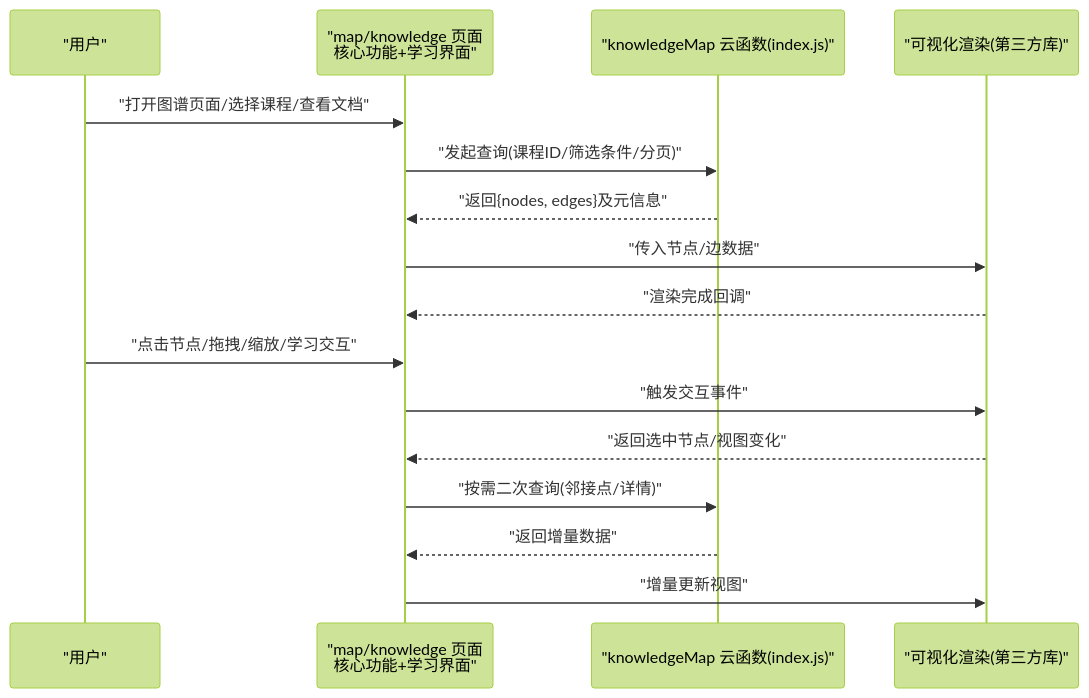
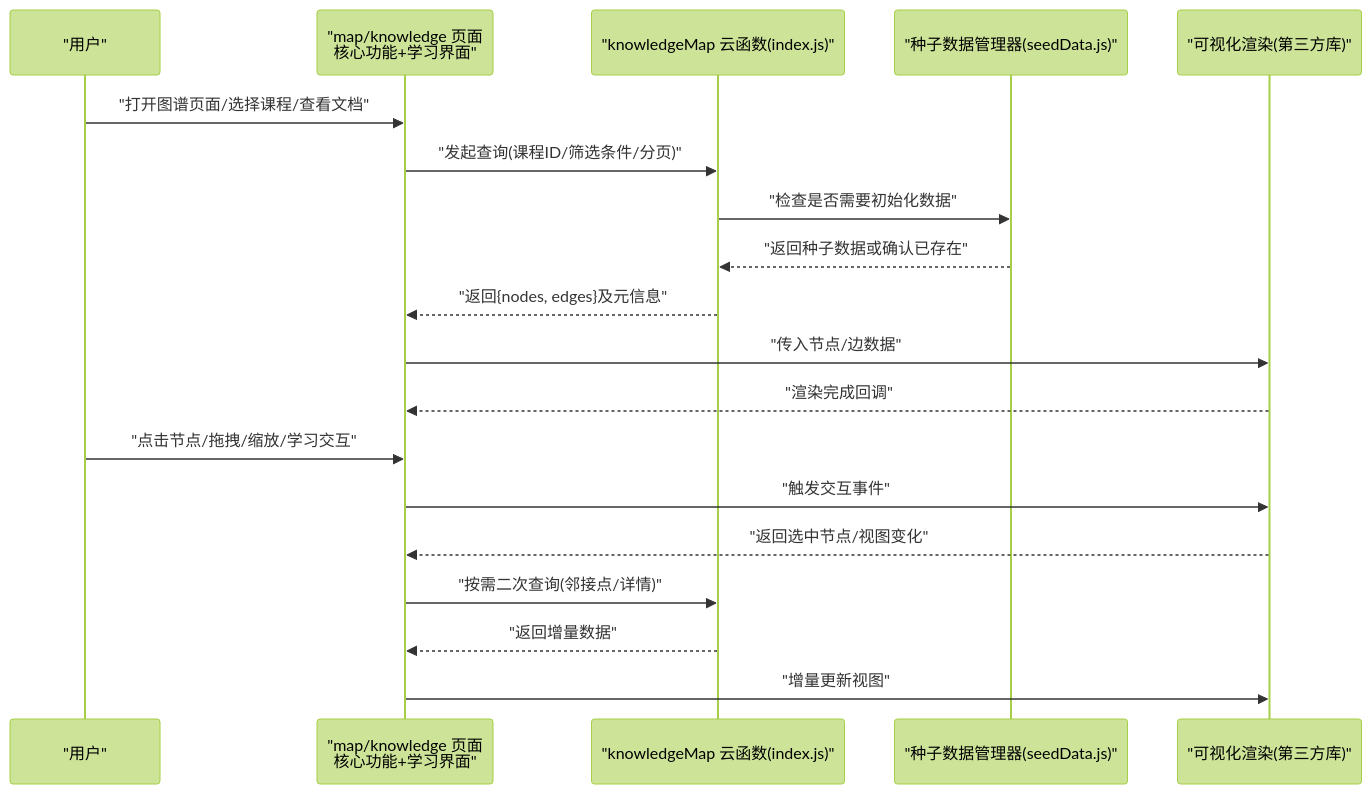
Before and after one commit to cwb7756/bio: the second of 4 diagrams in .qoder/repowiki/zh/content/核心功能模块/知识图谱系统/知识图谱系统.md, drawn with Mermaid (forest theme). The commit also changed other lines of this file and 35 other files, not shown here.

````diff
--- a/.qoder/repowiki/zh/content/核心功能模块/知识图谱系统/知识图谱系统.md
+++ b/.qoder/repowiki/zh/content/核心功能模块/知识图谱系统/知识图谱系统.md
@@ -112,18 +119,21 @@
 ```mermaid
 sequenceDiagram
 participant U as "用户"
 participant P as "map/knowledge 页面<br/>核心功能+学习界面"
 participant CF as "knowledgeMap 云函数(index.js)"
+participant SD as "种子数据管理器(seedData.js)"
 participant V as "可视化渲染(第三方库)"
 U->>P : "打开图谱页面/选择课程/查看文档"
 P->>CF : "发起查询(课程ID/筛选条件/分页)"
+CF->>SD : "检查是否需要初始化数据"
+SD-->>CF : "返回种子数据或确认已存在"
 CF-->>P : "返回{nodes, edges}及元信息"
 P->>V : "传入节点/边数据"
 V-->>P : "渲染完成回调"
 U->>P : "点击节点/拖拽/缩放/学习交互"
 P->>V : "触发交互事件"
 V-->>P : "返回选中节点/视图变化"
 P->>CF : "按需二次查询(邻接点/详情)"
 CF-->>P : "返回增量数据"
 P->>V : "增量更新视图"
 ```
````
